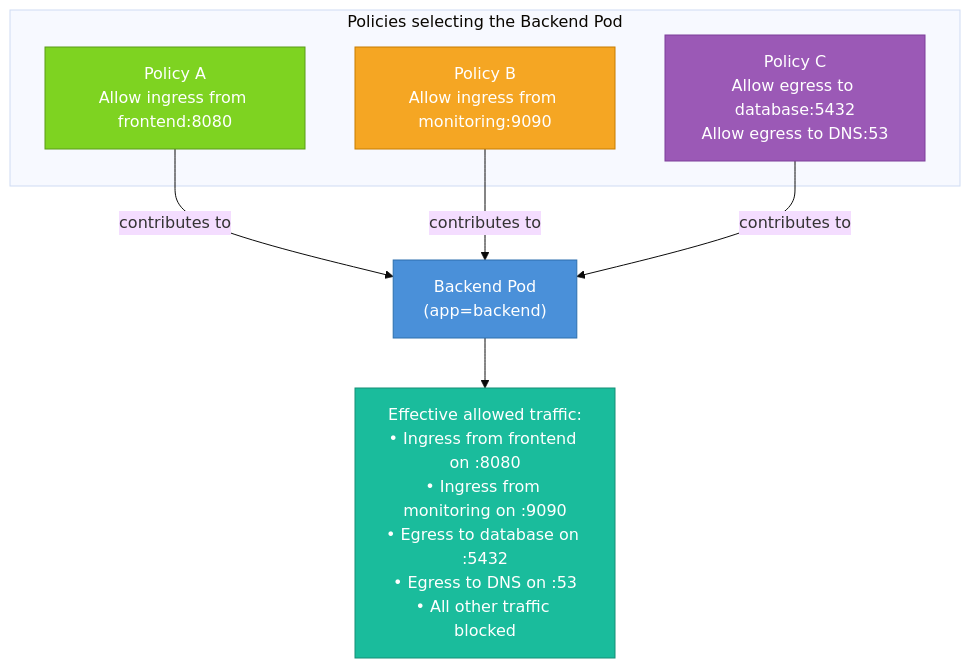
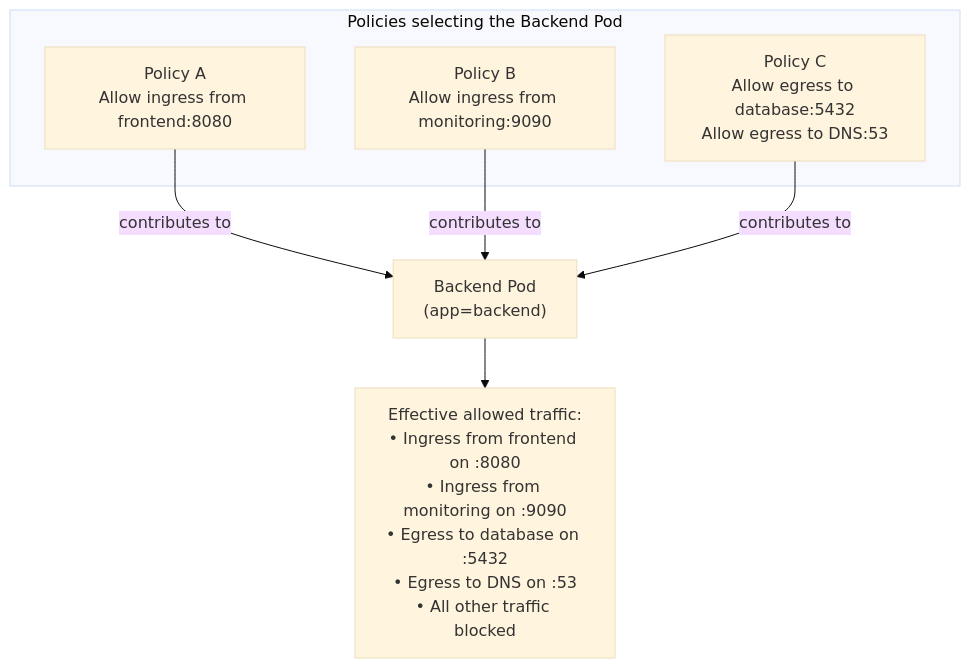
One commit to Antoine-Flo/kube-mastery changed the diagram in src/courses/modules/network-policies/05-advanced-rules/en/content.md. Above: the diagram before and after it, drawn with Mermaid (base theme). The commit also changed 21 other files, not shown here.

Commit message:
remove diagram styles

````diff
--- a/src/courses/modules/network-policies/05-advanced-rules/en/content.md
+++ b/src/courses/modules/network-policies/05-advanced-rules/en/content.md
@@ -102,22 +102,16 @@
 ```mermaid
 graph TD
     subgraph "Policies selecting the Backend Pod"
         P1["Policy A\nAllow ingress from frontend:8080"]
         P2["Policy B\nAllow ingress from monitoring:9090"]
         P3["Policy C\nAllow egress to database:5432\nAllow egress to DNS:53"]
     end
 
     B["Backend Pod\n(app=backend)"]
 
     P1 -->|contributes to| B
     P2 -->|contributes to| B
     P3 -->|contributes to| B
 
     B --> ALLOW["Effective allowed traffic:\n• Ingress from frontend on :8080\n• Ingress from monitoring on :9090\n• Egress to database on :5432\n• Egress to DNS on :53\n• All other traffic blocked"]
-
-    style B fill:#4A90D9,color:#fff,stroke:#2c6fad
-    style P1 fill:#7ED321,color:#fff,stroke:#5a9c18
-    style P2 fill:#F5A623,color:#fff,stroke:#c77d00
-    style P3 fill:#9B59B6,color:#fff,stroke:#7d3f9a
-    style ALLOW fill:#1ABC9C,color:#fff,stroke:#148f77
 ```
````
